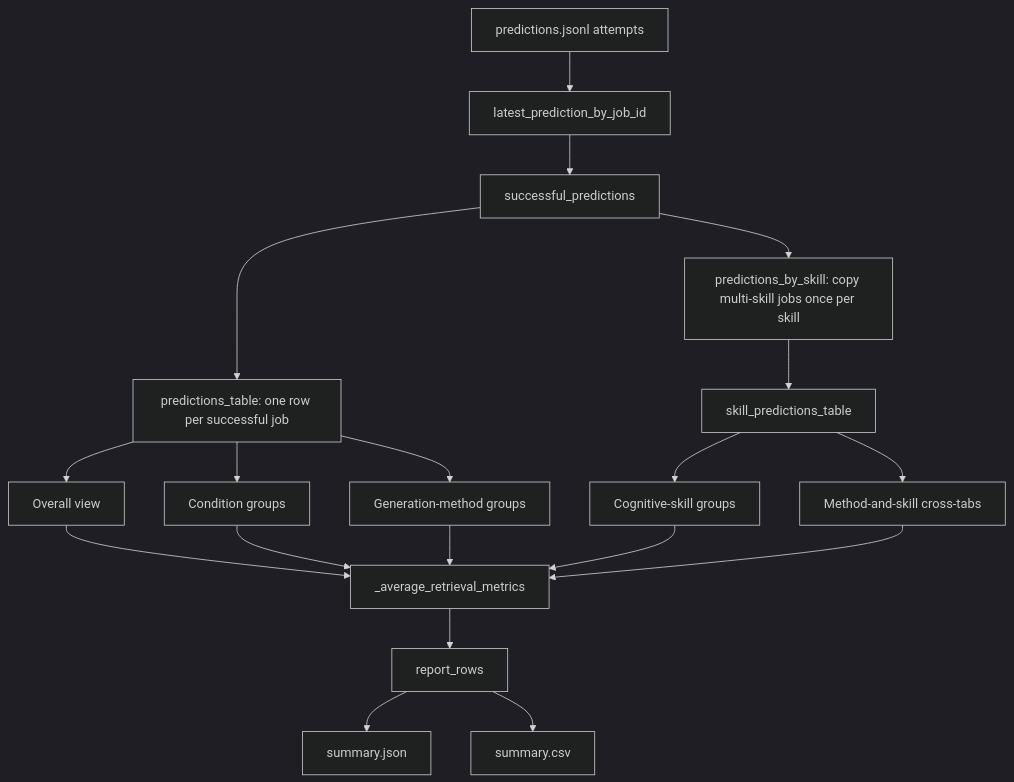
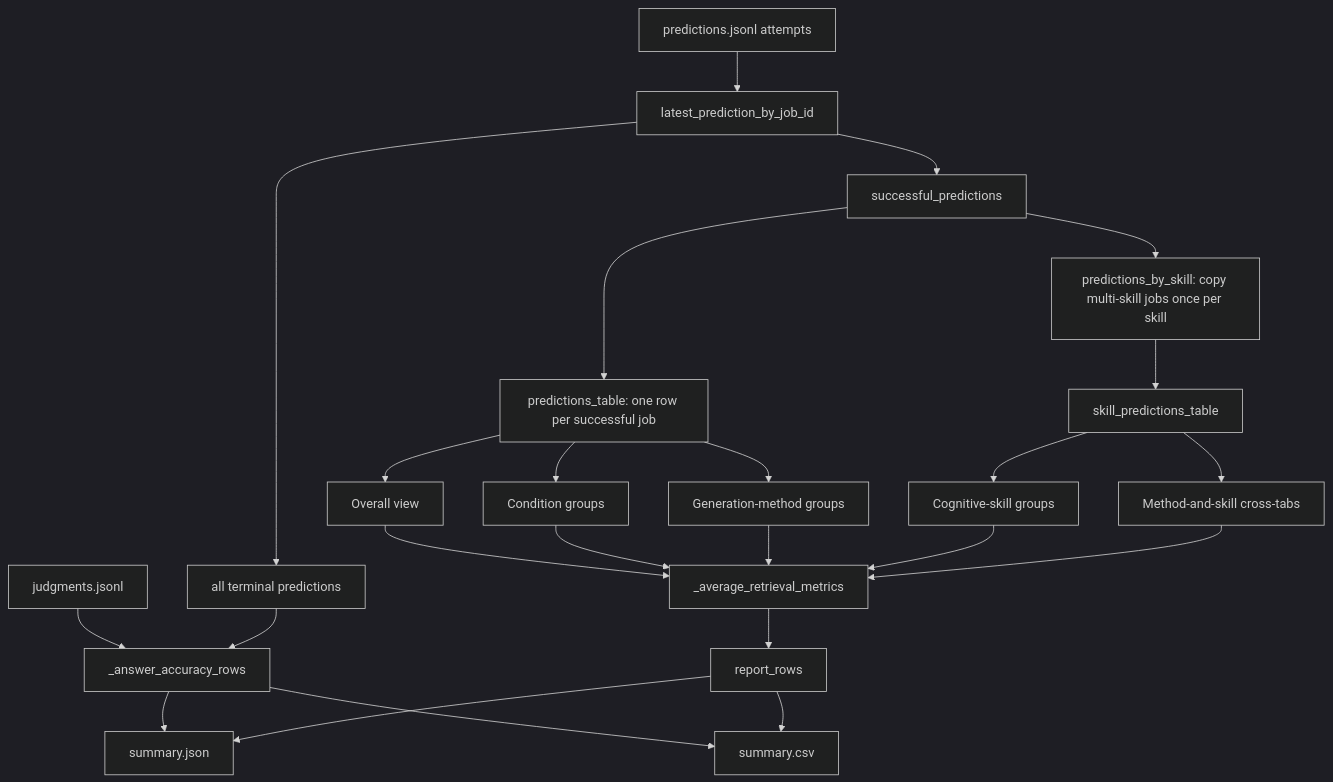
Before and after one commit to 14zhasim/Agentic_RAG: the eighth of 10 diagrams in docs sys design/benchmark/FinanceBench Implementation Guide.md, drawn with Mermaid (dark theme). The commit also changed other lines of this file and 10 other files, not shown here.

````diff
--- a/docs sys design/benchmark/FinanceBench Implementation Guide.md
+++ b/docs sys design/benchmark/FinanceBench Implementation Guide.md
@@ -1088,21 +1138,26 @@
 ```mermaid
 flowchart TD
     A[predictions.jsonl attempts] --> B[latest_prediction_by_job_id]
     B --> C[successful_predictions]
     C --> D[predictions_table: one row per successful job]
     C --> E[predictions_by_skill: copy multi-skill jobs once per skill]
     E --> F[skill_predictions_table]
     D --> G[Overall view]
     D --> H[Condition groups]
     D --> I[Generation-method groups]
     F --> J[Cognitive-skill groups]
     F --> K[Method-and-skill cross-tabs]
     G --> L[_average_retrieval_metrics]
     H --> L
     I --> L
     J --> L
     K --> L
     L --> M[report_rows]
-    M --> N[summary.json]
-    M --> O[summary.csv]
+    B --> P[all terminal predictions]
+    Q[judgments.jsonl] --> R[_answer_accuracy_rows]
+    P --> R
+    R --> N[summary.json]
+    R --> O[summary.csv]
+    M --> N
+    M --> O
 ```
````
